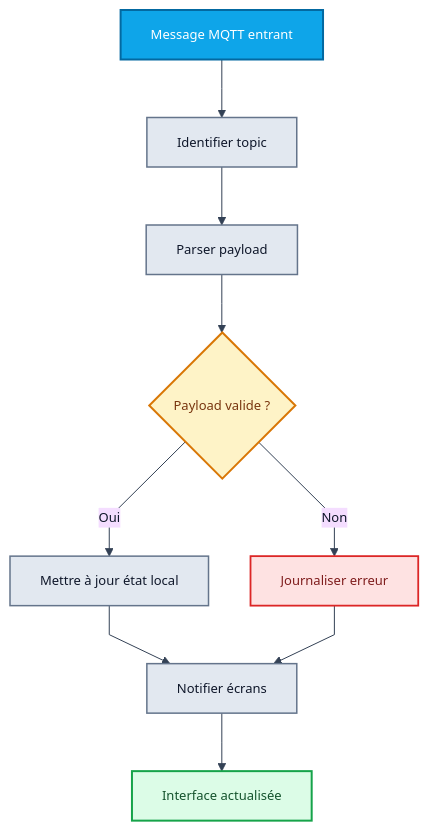
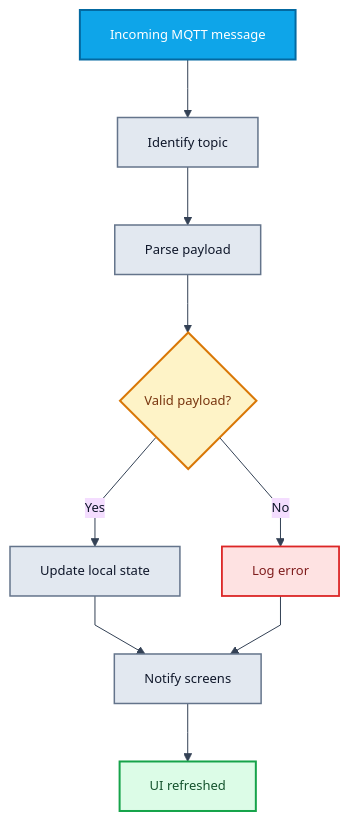
Before and after one commit to Kacper264/WaveControl-Mobile_App: the sixth of 8 diagrams in LOGIGRAMMES_MERMAID.md, drawn with Mermaid. The commit also changed other lines of this file and 41 other files, not shown here.

````diff
--- a/LOGIGRAMMES_MERMAID.md
+++ b/LOGIGRAMMES_MERMAID.md
@@ -285,39 +238,39 @@
 ```mermaid
 ---
 config:
   theme: base
   flowchart:
     nodeSpacing: 42
     rankSpacing: 58
     curve: linear
   themeVariables:
     fontSize: 13px
     lineColor: '#334155'
     primaryTextColor: '#0f172a'
     fontFamily: Inter,Segoe UI,Arial
   layout: fixed
 ---
 flowchart TB
-    A["Message MQTT entrant"] --> B["Identifier topic"]
-    B --> C["Parser payload"]
-    C --> D{"Payload valide ?"}
-    D -- Oui --> E["Mettre à jour état local"]
-    D -- Non --> F["Journaliser erreur"]
-    E --> G["Notifier écrans"]
+  A["Incoming MQTT message"] --> B["Identify topic"]
+  B --> C["Parse payload"]
+  C --> D{"Valid payload?"}
+  D -- Yes --> E["Update local state"]
+  D -- No --> F["Log error"]
+  E --> G["Notify screens"]
     F --> G
-    G --> H["Interface actualisée"]
+  G --> H["UI refreshed"]
 
      A:::start
      B:::action
      C:::action
      D:::decision
      E:::action
      F:::warning
      G:::action
      H:::result
     classDef start fill:#0ea5e9,stroke:#0369a1,color:#ffffff,stroke-width:2px
     classDef action fill:#e2e8f0,stroke:#64748b,color:#0f172a,stroke-width:1.5px
     classDef decision fill:#fef3c7,stroke:#d97706,color:#78350f,stroke-width:2px
     classDef result fill:#dcfce7,stroke:#16a34a,color:#14532d,stroke-width:2px
     classDef warning fill:#fee2e2,stroke:#dc2626,color:#7f1d1d,stroke-width:1.8px
 ```
````
